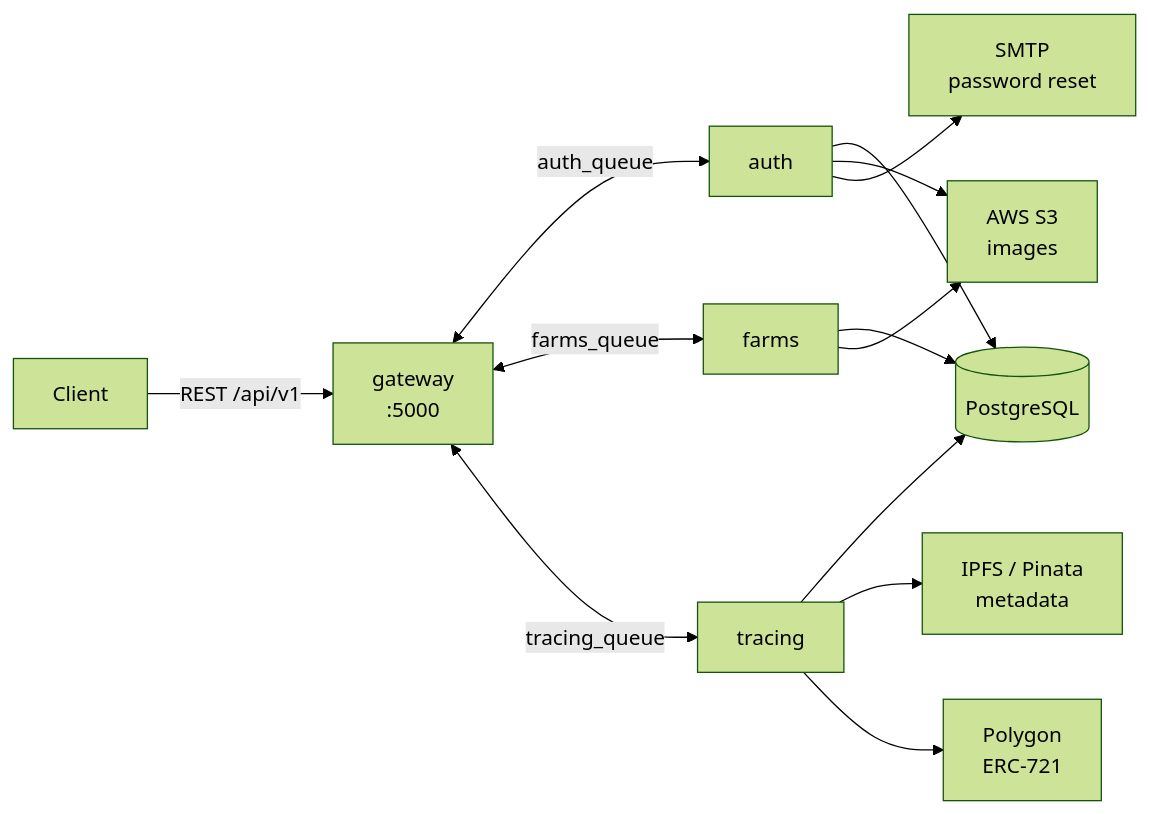
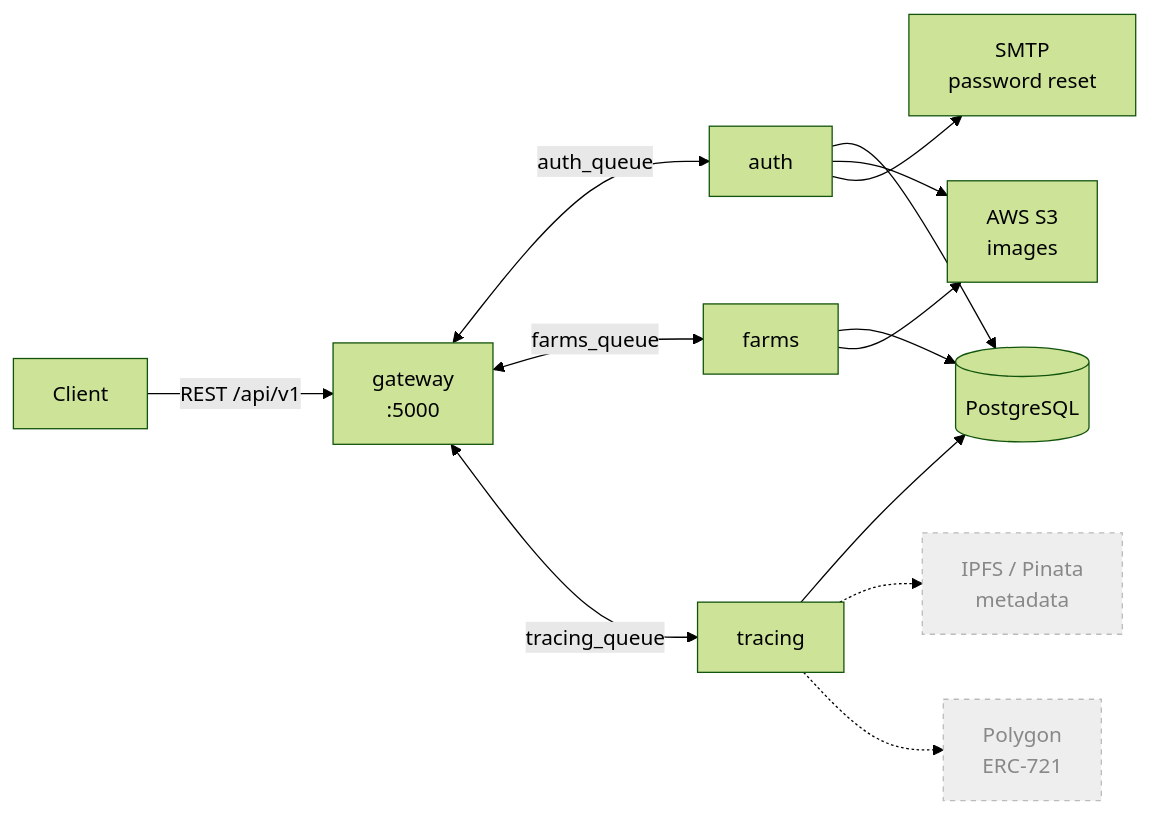
One commit to RookieCol/harvestledger changed the diagram in README.md. Above: the diagram before and after it, drawn with Mermaid (forest theme). The commit also changed other lines of this file, not shown here.

````diff
--- a/README.md
+++ b/README.md
@@ -25,19 +26,22 @@
 ```mermaid
 flowchart LR
     C[Client] -->|REST /api/v1| GW[gateway<br/>:5000]
 
     GW <-->|auth_queue| AU[auth]
     GW <-->|farms_queue| FA[farms]
     GW <-->|tracing_queue| TR[tracing]
 
     AU --> PG[(PostgreSQL)]
     FA --> PG
     TR --> PG
 
     AU --> S3[AWS S3<br/>images]
     FA --> S3
     AU --> MAIL[SMTP<br/>password reset]
 
-    TR --> IPFS[IPFS / Pinata<br/>metadata]
-    TR --> POLY[Polygon<br/>ERC-721]
+    TR -.-> IPFS[IPFS / Pinata<br/>metadata]
+    TR -.-> POLY[Polygon<br/>ERC-721]
+
+    classDef legacy fill:#eee,stroke:#bbb,color:#888,stroke-dasharray:4;
+    class IPFS,POLY legacy;
 ```
````
